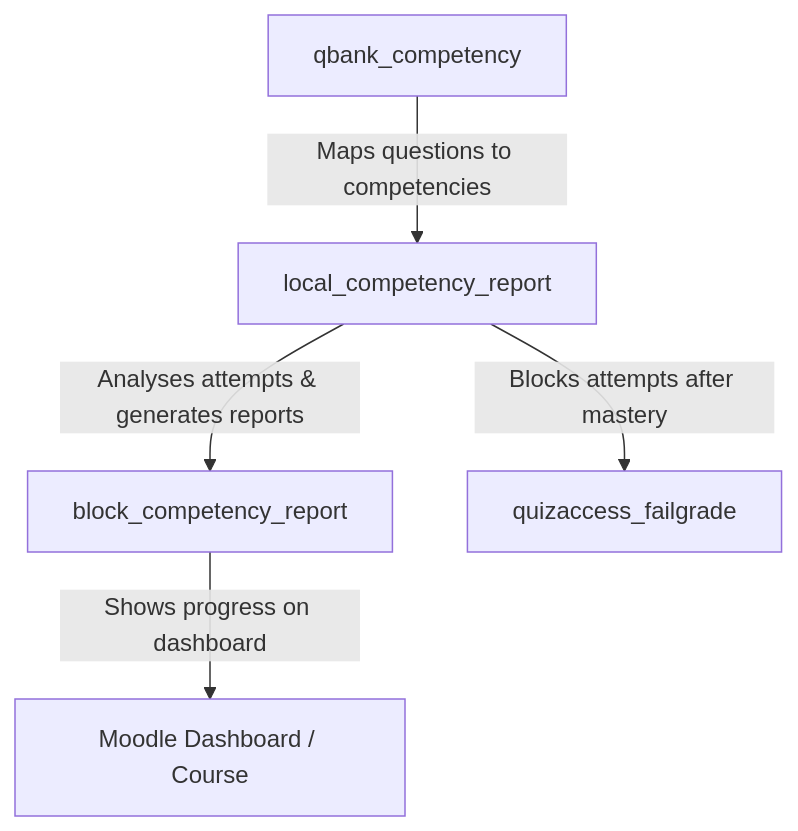
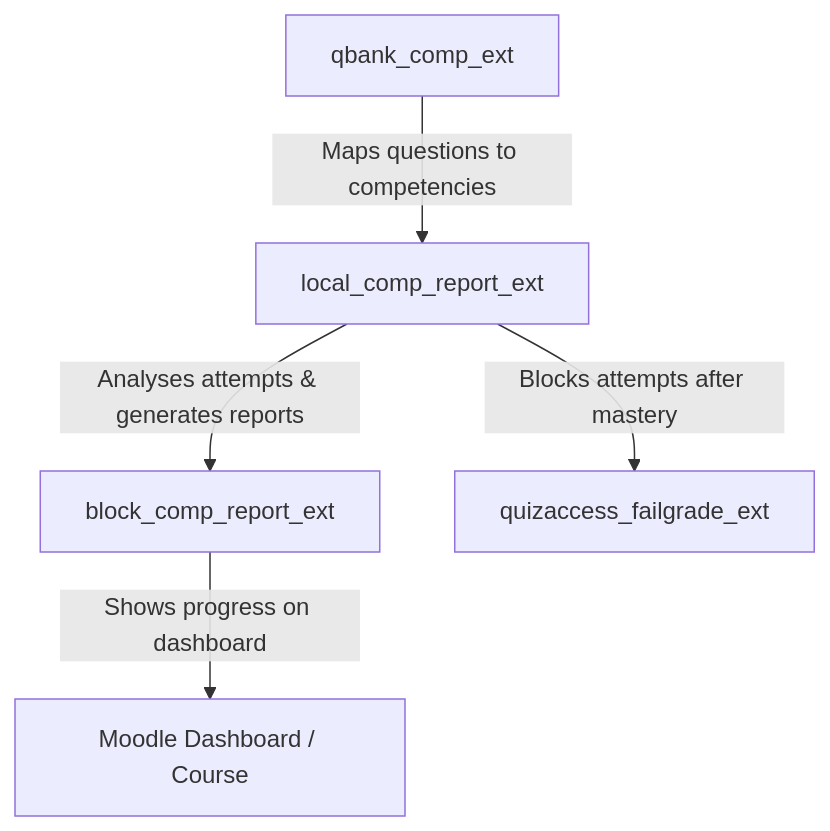
Before and after one commit to engfeda-ui/moodle-block_competency_report: the diagram in README.md, drawn with Mermaid. The commit also changed other lines of this file and 7 other files, not shown here.

````diff
--- a/README.md
+++ b/README.md
@@ -111,7 +111,7 @@
 ```mermaid
 graph TD
-    A[qbank_competency] -->|Maps questions to competencies| B[local_competency_report]
-    B -->|Analyses attempts & generates reports| C[block_competency_report]
+    A[qbank_comp_ext] -->|Maps questions to competencies| B[local_comp_report_ext]
+    B -->|Analyses attempts & generates reports| C[block_comp_report_ext]
     C -->|Shows progress on dashboard| D[Moodle Dashboard / Course]
-    B -->|Blocks attempts after mastery| E[quizaccess_failgrade]
+    B -->|Blocks attempts after mastery| E[quizaccess_failgrade_ext]
 ```
````
